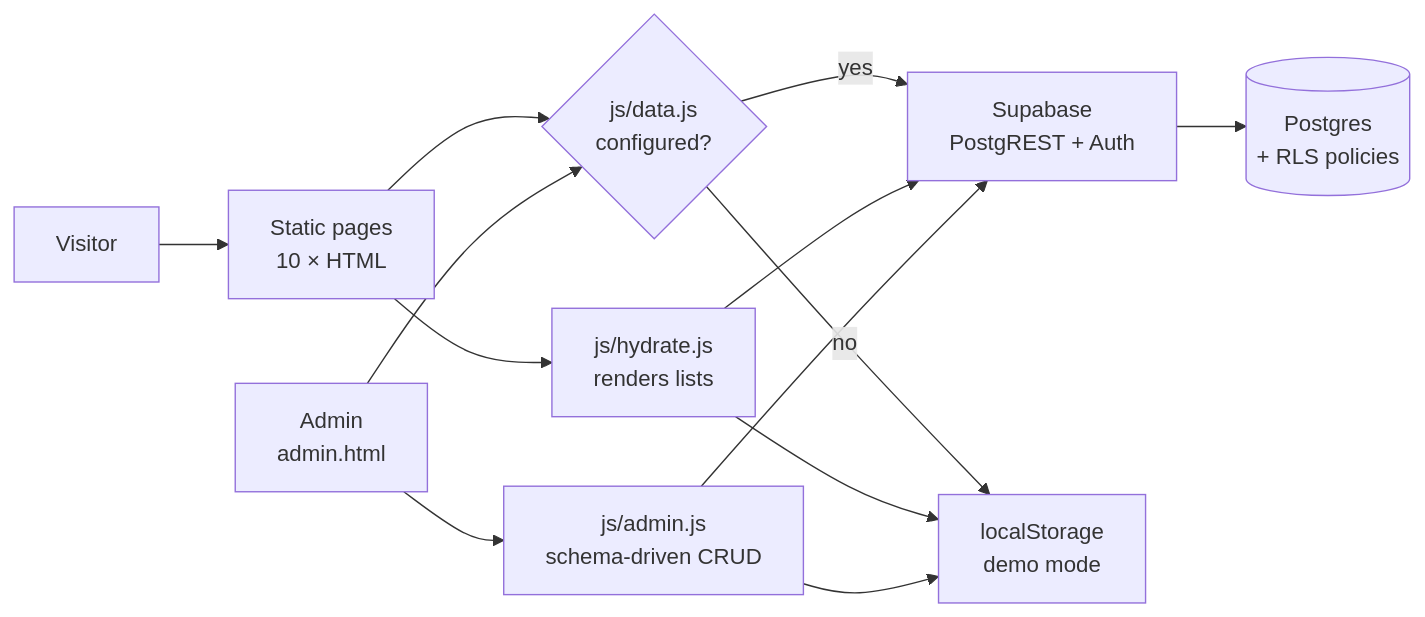
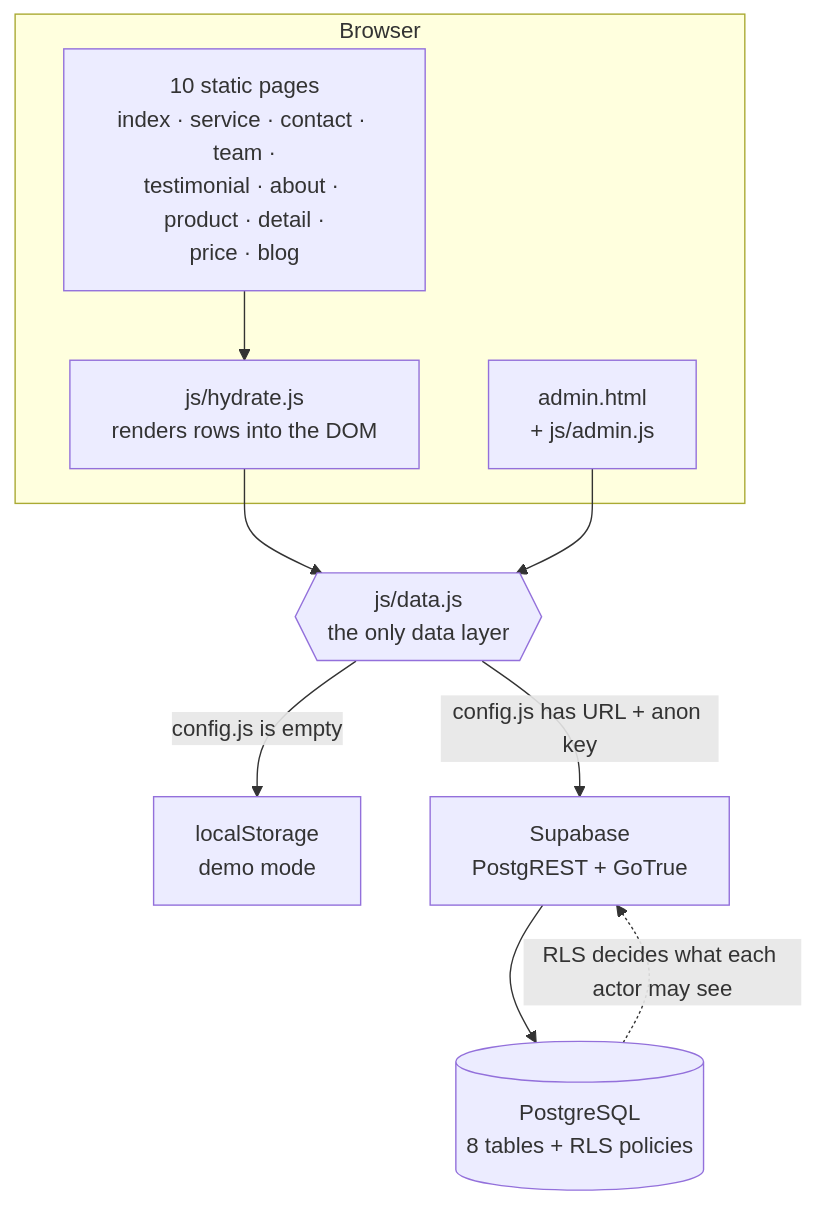
Before and after one commit to glen1599/zoepy-petshop-jogja: the first of 2 diagrams in README.md, drawn with Mermaid. The commit also changed other lines of this file, not shown here.

````diff
--- a/README.md
+++ b/README.md
@@ -70,15 +162,21 @@
 ```mermaid
-flowchart LR
-    A["Visitor"] --> B["Static pages<br/>10 × HTML"]
-    B --> C{"js/data.js<br/>configured?"}
-    C -->|yes| D["Supabase<br/>PostgREST + Auth"]
-    C -->|no| E["localStorage<br/>demo mode"]
-    D --> F[("Postgres<br/>+ RLS policies")]
-    B --> G["js/hydrate.js<br/>renders lists"]
-    G --> D
-    G --> E
-    H["Admin<br/>admin.html"] --> C
-    H --> I["js/admin.js<br/>schema-driven CRUD"]
-    I --> D
-    I --> E
+flowchart TB
+    subgraph client ["Browser"]
+        P["10 static pages<br/>index · service · contact · team ·<br/>testimonial · about · product · detail ·<br/>price · blog"]
+        H["js/hydrate.js<br/>renders rows into the DOM"]
+        A["admin.html<br/>+ js/admin.js"]
+    end
+
+    D{{"js/data.js<br/>the only data layer"}}
+    M["localStorage<br/>demo mode"]
+    S["Supabase<br/>PostgREST + GoTrue"]
+    DB[("PostgreSQL<br/>8 tables + RLS policies")]
+
+    P --> H
+    H --> D
+    A --> D
+    D -- "config.js is empty" --> M
+    D -- "config.js has URL + anon key" --> S
+    S --> DB
+    DB -. "RLS decides what each actor may see" .-> S
 ```
````
